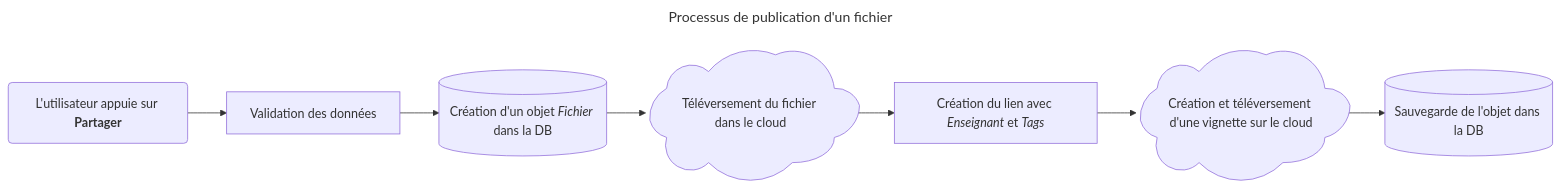
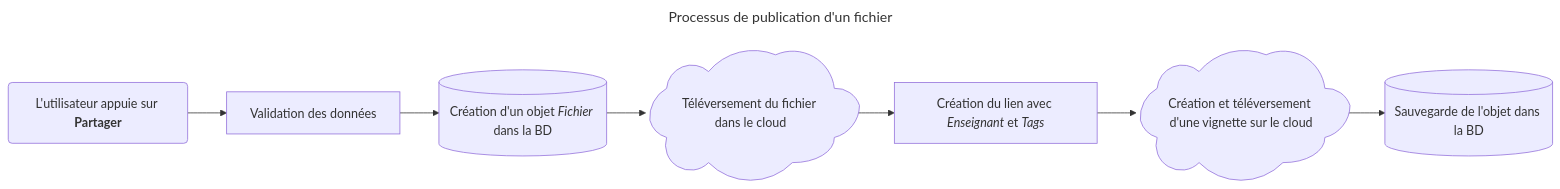
Before and after one commit to Zbebz/caverne-dAli-baba: the second of 4 diagrams in rapport.md, drawn with Mermaid. The commit also changed other lines of this file, not shown here.

Commit message:
(rapport) Methodolgie chapter, Choix des technologies Removed Tech Stack and MVPs section

````diff
--- a/rapport.md
+++ b/rapport.md
@@ -183,7 +167,7 @@
 ```mermaid
 ---
 title: Processus de publication d'un fichier
 ---
 flowchart LR
-id1("`L'utilisateur appuie sur **Partager**`")-->id2[Validation des données]-->id3[("`Création d'un objet *Fichier* dans la DB`")]-->id4@{ shape: cloud, label: "Téléversement du fichier dans le cloud" }-->id5["`Création du lien avec *Enseignant* et *Tags*`" ]-->id6@{ shape: cloud, label: "Création et téléversement d'une vignette sur le cloud" }-->id7[("`Sauvegarde de l'objet dans la DB`")]
+id1("`L'utilisateur appuie sur **Partager**`")-->id2[Validation des données]-->id3[("`Création d'un objet *Fichier* dans la BD`")]-->id4@{ shape: cloud, label: "Téléversement du fichier dans le cloud" }-->id5["`Création du lien avec *Enseignant* et *Tags*`" ]-->id6@{ shape: cloud, label: "Création et téléversement d'une vignette sur le cloud" }-->id7[("`Sauvegarde de l'objet dans la BD`")]
 ```
````
